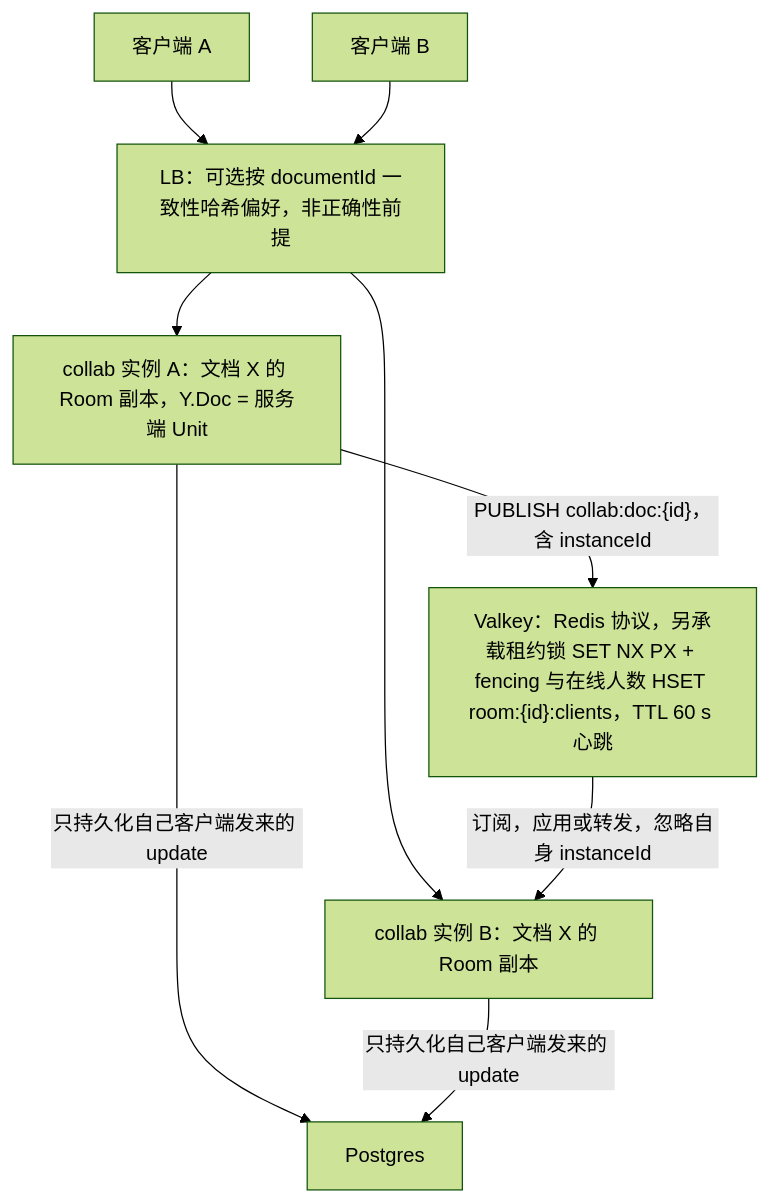
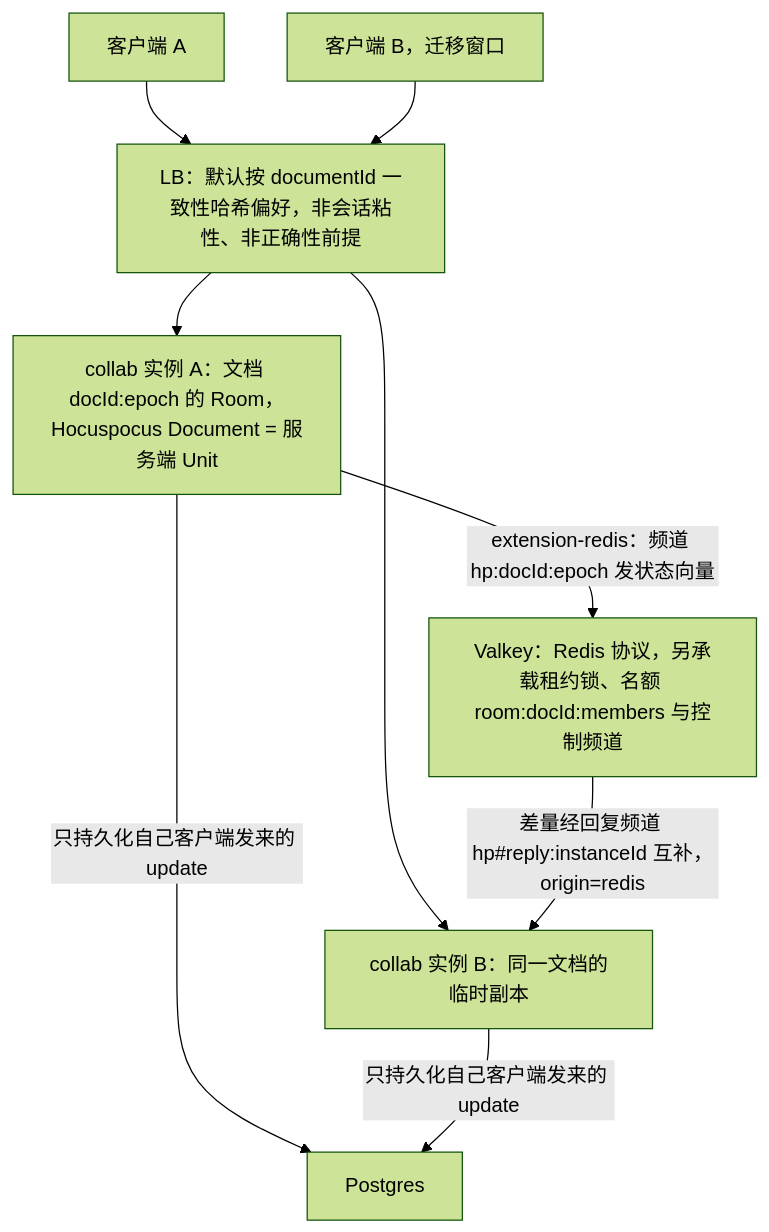
One commit to Xeonice/cordis-ppt-editor changed the first of 2 diagrams in docs/30-architecture/adr/0035-gateway-horizontal-scaling.md. Above: the diagram before and after it, drawn with Mermaid (forest theme). The commit also changed other lines of this file and 78 other files, not shown here.

````diff
--- a/docs/30-architecture/adr/0035-gateway-horizontal-scaling.md
+++ b/docs/30-architecture/adr/0035-gateway-horizontal-scaling.md
@@ -27,11 +27,11 @@
 ```mermaid
 flowchart TD
-  clientA["客户端 A"] --> lb["LB：可选按 documentId 一致性哈希偏好，非正确性前提"]
-  clientB["客户端 B"] --> lb
-  lb --> instA["collab 实例 A：文档 X 的 Room 副本，Y.Doc = 服务端 Unit"]
-  lb --> instB["collab 实例 B：文档 X 的 Room 副本"]
-  instA -- "PUBLISH collab:doc:{id}，含 instanceId" --> valkey["Valkey：Redis 协议，另承载租约锁 SET NX PX + fencing 与在线人数 HSET room:{id}:clients，TTL 60 s 心跳"]
-  valkey -- "订阅，应用或转发，忽略自身 instanceId" --> instB
+  clientA["客户端 A"] --> lb["LB：默认按 documentId 一致性哈希偏好，非会话粘性、非正确性前提"]
+  clientB["客户端 B，迁移窗口"] --> lb
+  lb --> instA["collab 实例 A：文档 docId:epoch 的 Room，Hocuspocus Document = 服务端 Unit"]
+  lb --> instB["collab 实例 B：同一文档的临时副本"]
+  instA -- "extension-redis：频道 hp:docId:epoch 发状态向量" --> valkey["Valkey：Redis 协议，另承载租约锁、名额 room:docId:members 与控制频道"]
+  valkey -- "差量经回复频道 hp#reply:instanceId 互补，origin=redis" --> instB
   instA -- "只持久化自己客户端发来的 update" --> pg["Postgres"]
   instB -- "只持久化自己客户端发来的 update" --> pg
 ```
````
